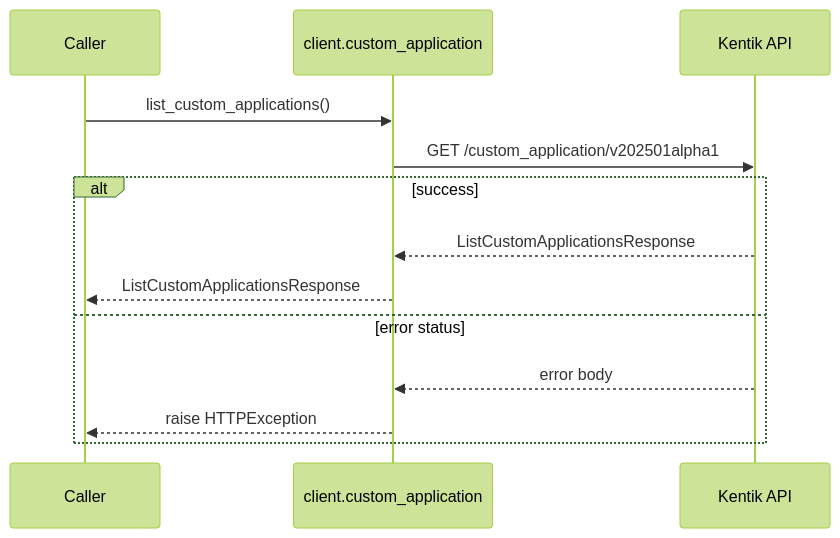
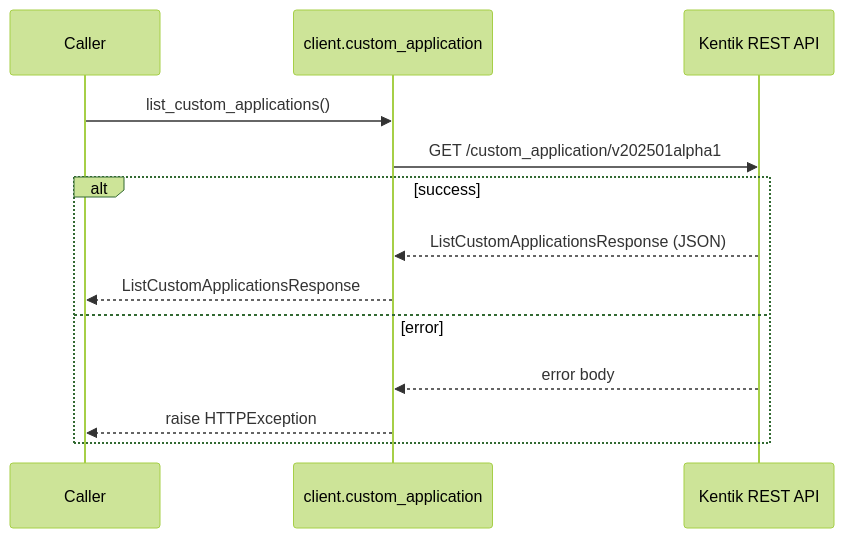
The second of 12 diagrams in docs/sphinx/services/custom_application.md (alexdearaujo/community_sdk_python), drawn with Mermaid (forest theme) before and after one commit. The commit also changed other lines of this file and 61 other files, not shown here.

````diff
--- a/docs/sphinx/services/custom_application.md
+++ b/docs/sphinx/services/custom_application.md
@@ -33,16 +35,16 @@
 ```mermaid
 sequenceDiagram
     participant C as Caller
     participant W as client.custom_application
-    participant API as Kentik API
+    participant API as Kentik REST API
 
     C->>W: list_custom_applications()
     W->>API: GET /custom_application/v202501alpha1
     alt success
-        API-->>W: ListCustomApplicationsResponse
+        API-->>W: ListCustomApplicationsResponse (JSON)
         W-->>C: ListCustomApplicationsResponse
-    else error status
+    else error
         API-->>W: error body
         W-->>C: raise HTTPException
     end
 ```
````
